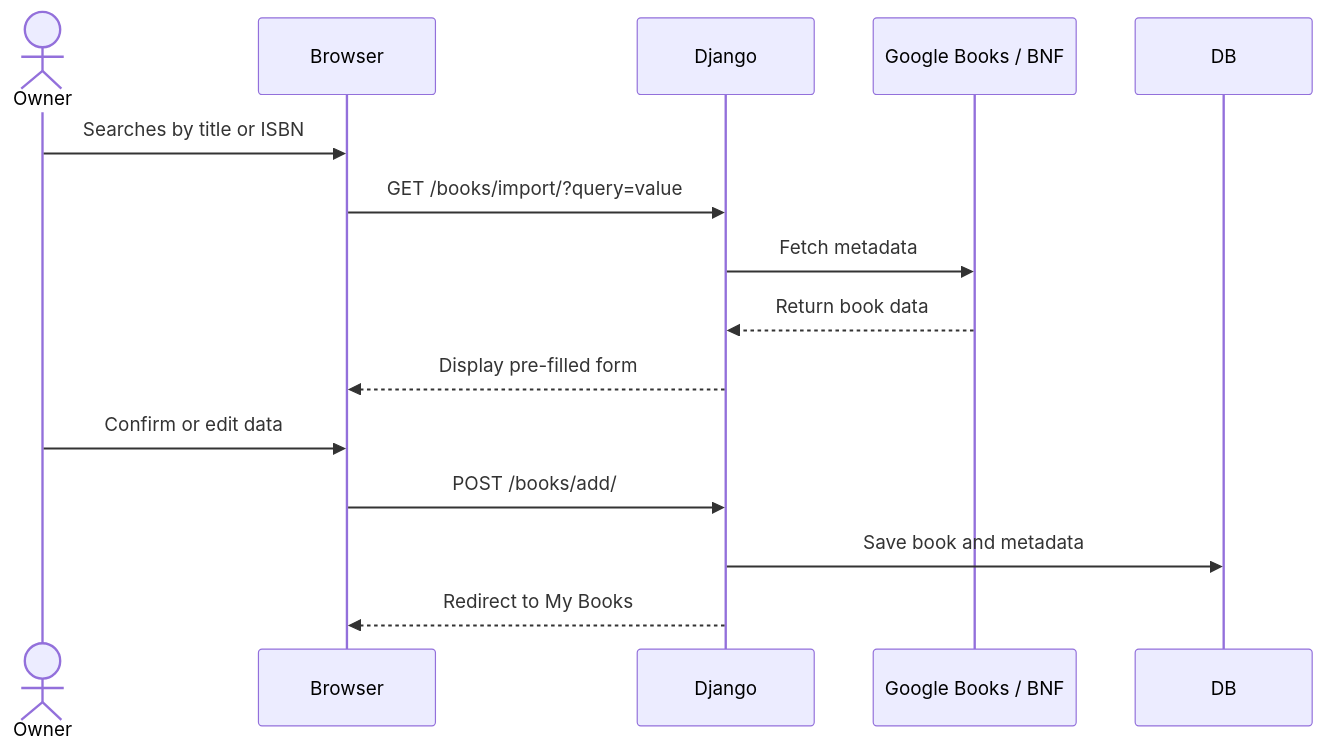
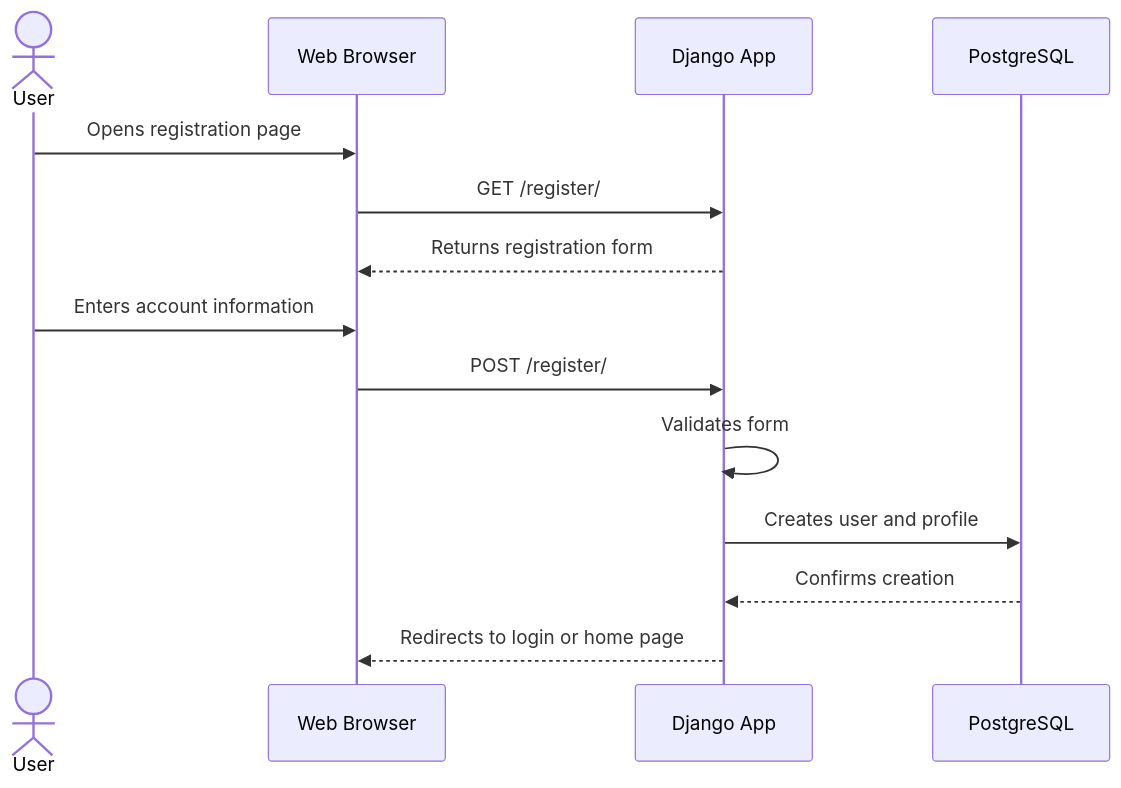
The third of 5 diagrams in README.md (Handroc/Livract-project), drawn with Mermaid before and after one commit. The commit also changed other lines of this file, not shown here.

````diff
--- a/README.md
+++ b/README.md
@@ -263,17 +262,16 @@
 ```mermaid
 sequenceDiagram
-    actor Owner
-    participant Browser
-    participant Django
-    participant ExternalAPI as Google Books / BNF
-    participant DB
-    Owner->>Browser: Searches by title or ISBN
-    Browser->>Django: GET /books/import/?query=value
-    Django->>ExternalAPI: Fetch metadata
-    ExternalAPI-->>Django: Return book data
-    Django-->>Browser: Display pre-filled form
-    Owner->>Browser: Confirm or edit data
-    Browser->>Django: POST /books/add/
-    Django->>DB: Save book and metadata
-    Django-->>Browser: Redirect to My Books
+    actor User
+    participant Browser as Web Browser
+    participant Django as Django App
+    participant DB as PostgreSQL
+    User->>Browser: Opens registration page
+    Browser->>Django: GET /register/
+    Django-->>Browser: Returns registration form
+    User->>Browser: Enters account information
+    Browser->>Django: POST /register/
+    Django->>Django: Validates form
+    Django->>DB: Creates user and profile
+    DB-->>Django: Confirms creation
+    Django-->>Browser: Redirects to login or home page
 ```
````
